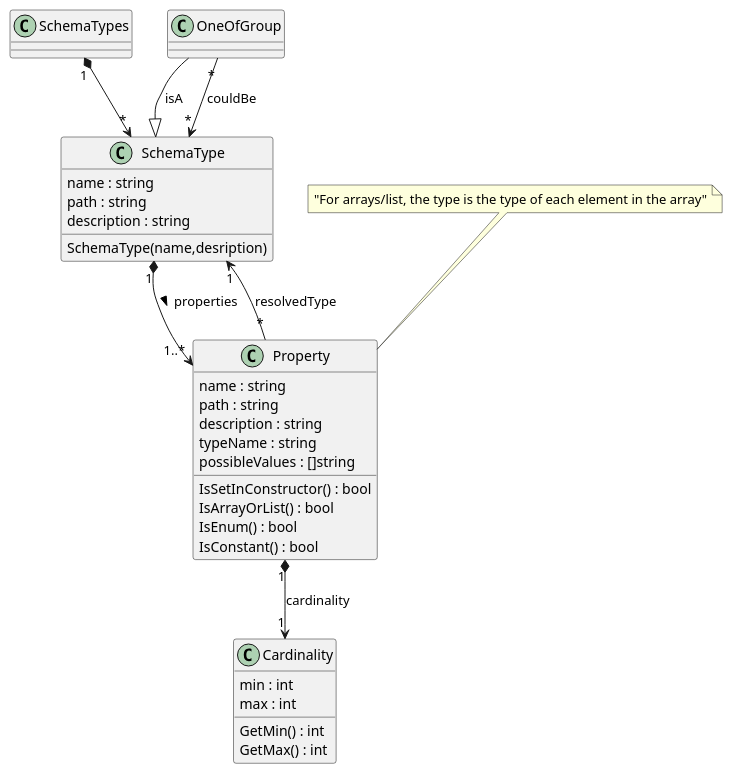
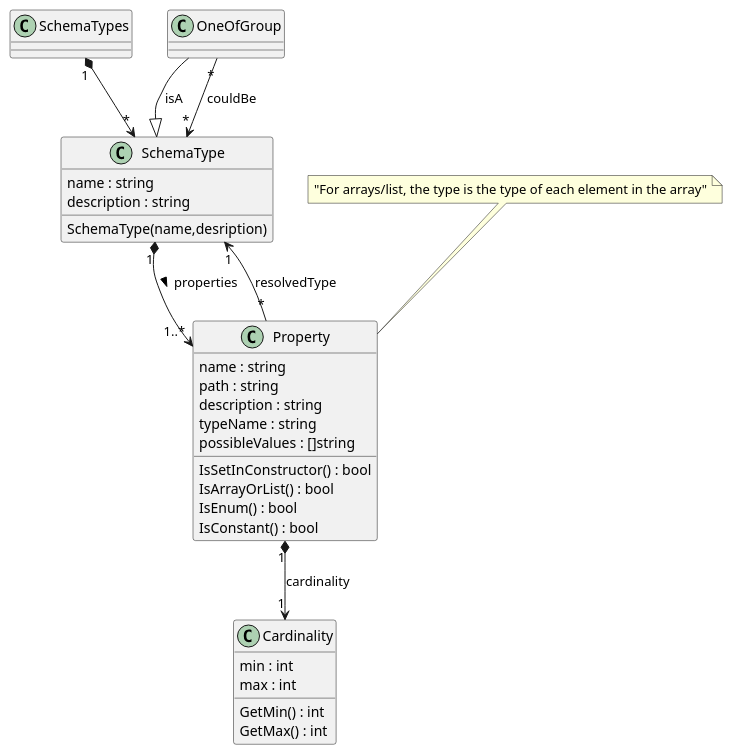
Before and after one commit to techcobweb/openapi2beans: the diagram in uml/schema-types.plantuml, drawn with PlantUML. The commit also changed 5 other files, not shown here.

Commit message:
got tests passing with SchemaType structure

```diff
--- a/uml/schema-types.plantuml
+++ b/uml/schema-types.plantuml
@@ -1,53 +1,52 @@
 @startuml "schema-types"
 
 class SchemaTypes {
 } 
 
 SchemaTypes "1" *--> "*" SchemaType
 
 class SchemaType {
     {field} name : string
-    {field} path : string
     {field} description : string
 
     {method} SchemaType(name,desription)
 }
 
 
 class Property {
     {field} name : string
     {field} path : string
     {field} description : string
     {field} typeName : string
     {field} possibleValues : []string
 
     {method} IsSetInConstructor() : bool
     {method} IsArrayOrList() : bool
     {method} IsEnum() : bool
     {method} IsConstant() : bool
 }
 
 note top of Property : "For arrays/list, the type is the type of each element in the array"
 
 
 Property "*" --> "1" SchemaType : resolvedType 
 
 Property "1" *--> "1" Cardinality : cardinality
 
 class Cardinality {
     {field} min : int
     {field} max : int
 
     {method} GetMin() : int
     {method} GetMax() : int
 }
 
 class OneOfGroup {
 }
 OneOfGroup --|> SchemaType : isA
 OneOfGroup "*" --> "*" SchemaType : couldBe
 
 SchemaType "1" *--> "1..*" Property : properties >
 
 
 @enduml
```
